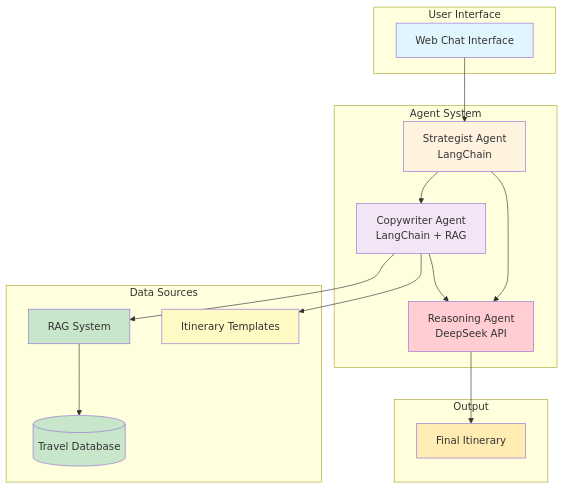
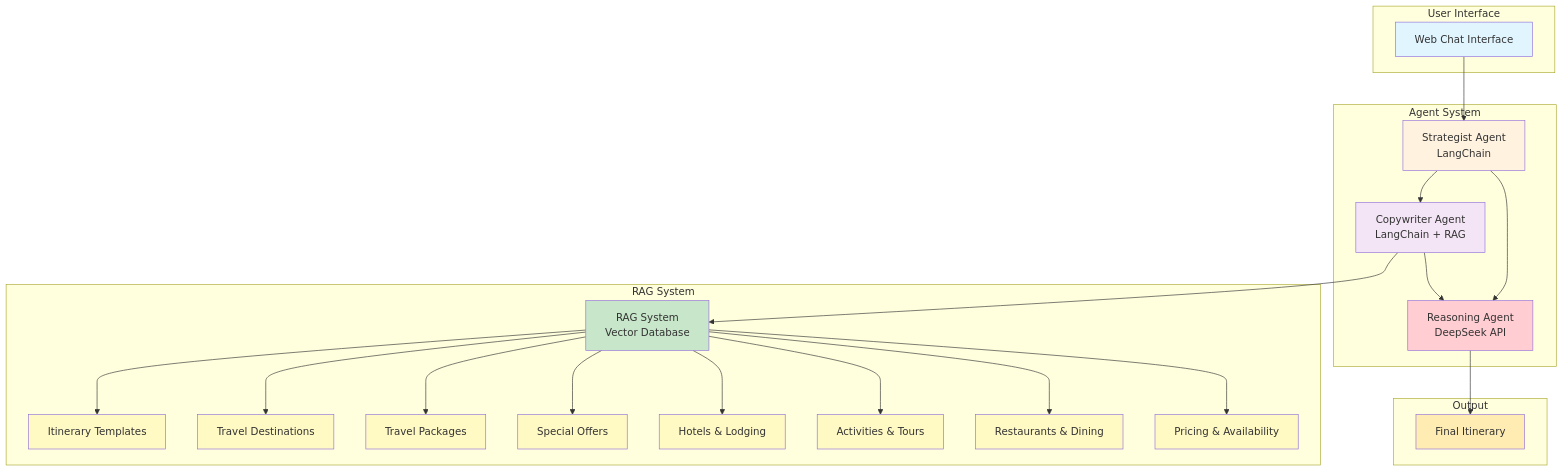
One commit to saha0073/travel-itinerary-generation changed the first of 2 diagrams in workflow_diagram.md. Above: the diagram before and after it, drawn with Mermaid.

````diff
--- a/workflow_diagram.md
+++ b/workflow_diagram.md
@@ -5,40 +5,58 @@
 ```mermaid
 graph TB
     subgraph "User Interface"
         UI[Web Chat Interface]
     end
     
     subgraph "Agent System"
         SA[Strategist Agent<br/>LangChain]
         CA[Copywriter Agent<br/>LangChain + RAG]
         RA[Reasoning Agent<br/>DeepSeek API]
     end
     
-    subgraph "Data Sources"
-        RAG[RAG System]
-        DB[(Travel Database)]
+    subgraph "RAG System"
+        RAG[RAG System<br/>Vector Database]
         TEMPLATES[Itinerary Templates]
+        DESTINATIONS[Travel Destinations]
+        PACKAGES[Travel Packages]
+        OFFERS[Special Offers]
+        ACCOMMODATIONS[Hotels & Lodging]
+        ACTIVITIES[Activities & Tours]
+        RESTAURANTS[Restaurants & Dining]
+        PRICING[Pricing & Availability]
     end
     
     subgraph "Output"
         ITINERARY[Final Itinerary]
     end
     
     UI --> SA
     SA --> CA
     CA --> RAG
-    RAG --> DB
-    CA --> TEMPLATES
+    RAG --> TEMPLATES
+    RAG --> DESTINATIONS
+    RAG --> PACKAGES
+    RAG --> OFFERS
+    RAG --> ACCOMMODATIONS
+    RAG --> ACTIVITIES
+    RAG --> RESTAURANTS
+    RAG --> PRICING
     CA --> RA
     SA --> RA
     RA --> ITINERARY
     
     style UI fill:#e1f5fe
     style SA fill:#fff3e0
     style CA fill:#f3e5f5
     style RA fill:#ffcdd2
     style RAG fill:#c8e6c9
-    style DB fill:#c8e6c9
     style TEMPLATES fill:#fff9c4
+    style DESTINATIONS fill:#fff9c4
+    style PACKAGES fill:#fff9c4
+    style OFFERS fill:#fff9c4
+    style ACCOMMODATIONS fill:#fff9c4
+    style ACTIVITIES fill:#fff9c4
+    style RESTAURANTS fill:#fff9c4
+    style PRICING fill:#fff9c4
     style ITINERARY fill:#ffecb3
 ```
````
